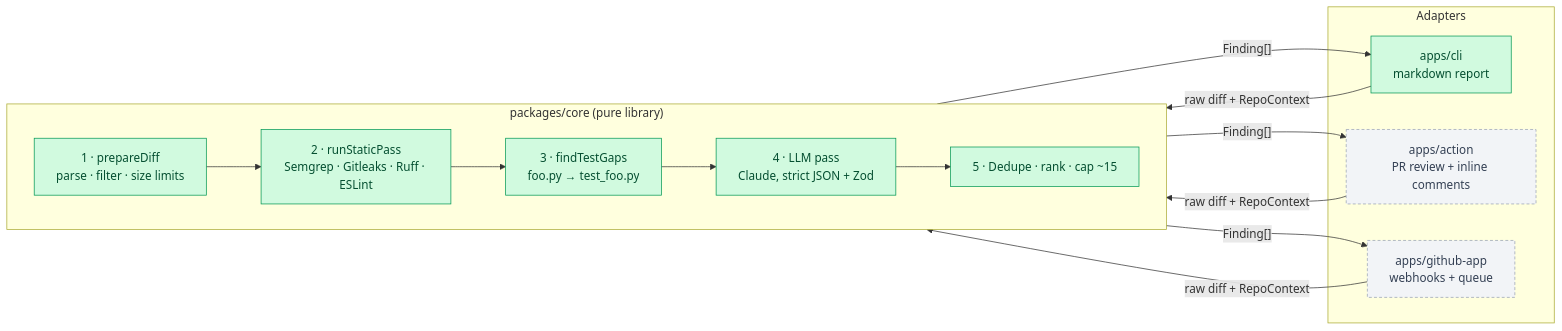
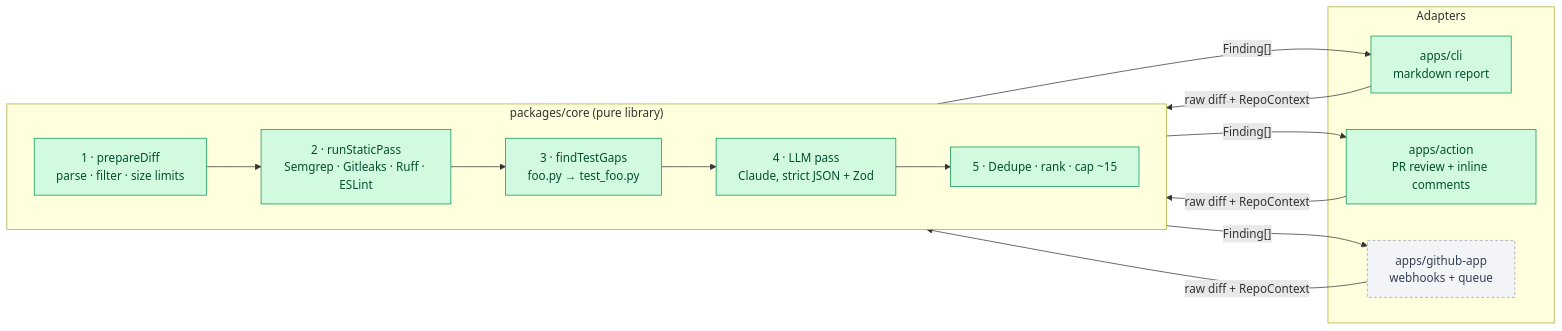
Before and after one commit to Aswin-Times/Revolver-: the first of 2 diagrams in README.md, drawn with Mermaid. The commit also changed other lines of this file, not shown here.

First line of the commit message:
docs: README for the GitHub Action and a student workflow example

````diff
--- a/README.md
+++ b/README.md
@@ -32,30 +32,30 @@
 ```mermaid
 flowchart LR
     subgraph adapters["Adapters"]
         CLI["apps/cli<br/>markdown report"]
         ACTION["apps/action<br/>PR review + inline comments"]
         APP["apps/github-app<br/>webhooks + queue"]
     end
 
     subgraph core["packages/core (pure library)"]
         direction LR
         PREP["1 · prepareDiff<br/>parse · filter · size limits"]
         STATIC["2 · runStaticPass<br/>Semgrep · Gitleaks · Ruff · ESLint"]
         GAP["3 · findTestGaps<br/>foo.py → test_foo.py"]
         LLM["4 · LLM pass<br/>Claude, strict JSON + Zod"]
         RANK["5 · Dedupe · rank · cap ~15"]
         PREP --> STATIC --> GAP --> LLM --> RANK
     end
 
     CLI -- "raw diff + RepoContext" --> PREP
     ACTION -- "raw diff + RepoContext" --> PREP
     APP -- "raw diff + RepoContext" --> PREP
     RANK -- "Finding[]" --> CLI
     RANK -- "Finding[]" --> ACTION
     RANK -- "Finding[]" --> APP
 
     classDef done fill:#d1fadf,stroke:#039855,color:#054f31
     classDef planned fill:#f2f4f7,stroke:#98a2b3,color:#344054,stroke-dasharray:4 3
-    class PREP,STATIC,GAP,LLM,RANK,CLI done
-    class ACTION,APP planned
+    class PREP,STATIC,GAP,LLM,RANK,CLI,ACTION done
+    class APP planned
 ```
````
